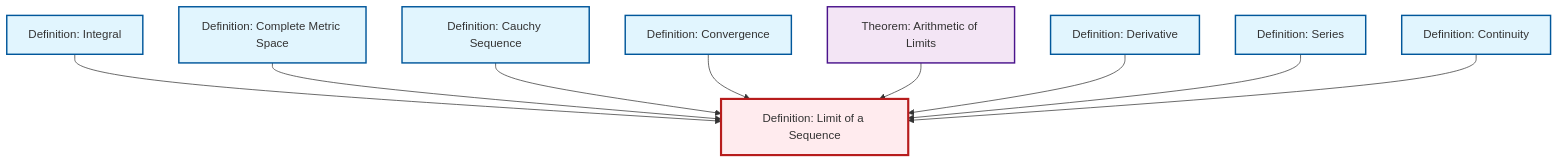
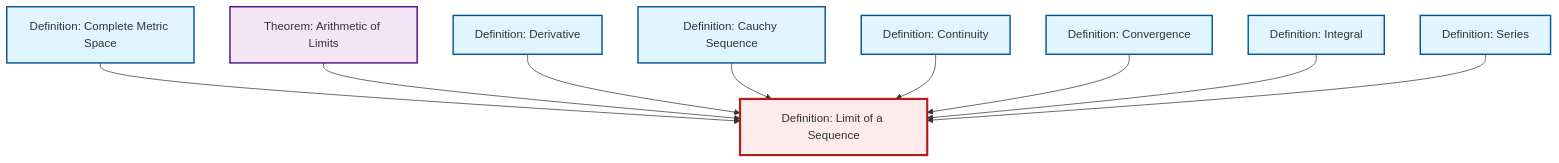
Before and after one commit to RK0429/ModernMath: the diagram in output/mermaid/def-limit.mermaid, drawn with Mermaid. The commit also changed other lines of this file and 634 other files, not shown here.

```diff
--- a/output/mermaid/def-limit.mermaid
+++ b/output/mermaid/def-limit.mermaid
@@ -1,25 +1,25 @@
 %%| fig-cap: "Local dependency graph"
 graph TD
     classDef definition fill:#e1f5fe,stroke:#01579b,stroke-width:2px
     classDef theorem fill:#f3e5f5,stroke:#4a148c,stroke-width:2px
     classDef axiom fill:#fff3e0,stroke:#e65100,stroke-width:2px
     classDef example fill:#e8f5e9,stroke:#1b5e20,stroke-width:2px
     classDef current fill:#ffebee,stroke:#b71c1c,stroke-width:3px
-    def-complete-metric-space["Definition: Complete Metric Space"]:::definition
     def-convergence["Definition: Convergence"]:::definition
+    def-derivative["Definition: Derivative"]:::definition
+    def-continuity["Definition: Continuity"]:::definition
+    thm-limit-arithmetic["Theorem: Arithmetic of Limits"]:::theorem
+    def-series["Definition: Series"]:::definition
     def-cauchy-sequence["Definition: Cauchy Sequence"]:::definition
     def-integral["Definition: Integral"]:::definition
-    def-series["Definition: Series"]:::definition
+    def-complete-metric-space["Definition: Complete Metric Space"]:::definition
     def-limit["Definition: Limit of a Sequence"]:::definition
-    thm-limit-arithmetic["Theorem: Arithmetic of Limits"]:::theorem
-    def-continuity["Definition: Continuity"]:::definition
-    def-derivative["Definition: Derivative"]:::definition
-    def-integral --> def-limit
     def-complete-metric-space --> def-limit
-    def-cauchy-sequence --> def-limit
-    def-convergence --> def-limit
     thm-limit-arithmetic --> def-limit
     def-derivative --> def-limit
+    def-cauchy-sequence --> def-limit
+    def-continuity --> def-limit
+    def-convergence --> def-limit
+    def-integral --> def-limit
     def-series --> def-limit
-    def-continuity --> def-limit
     class def-limit current
```
